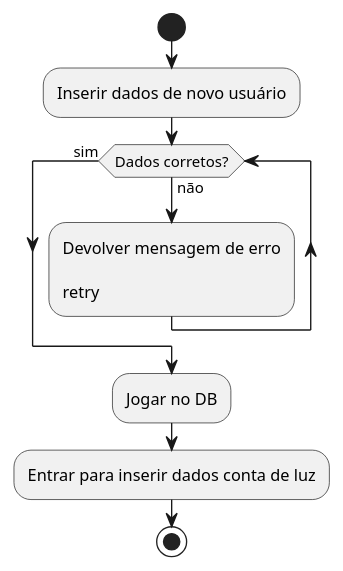
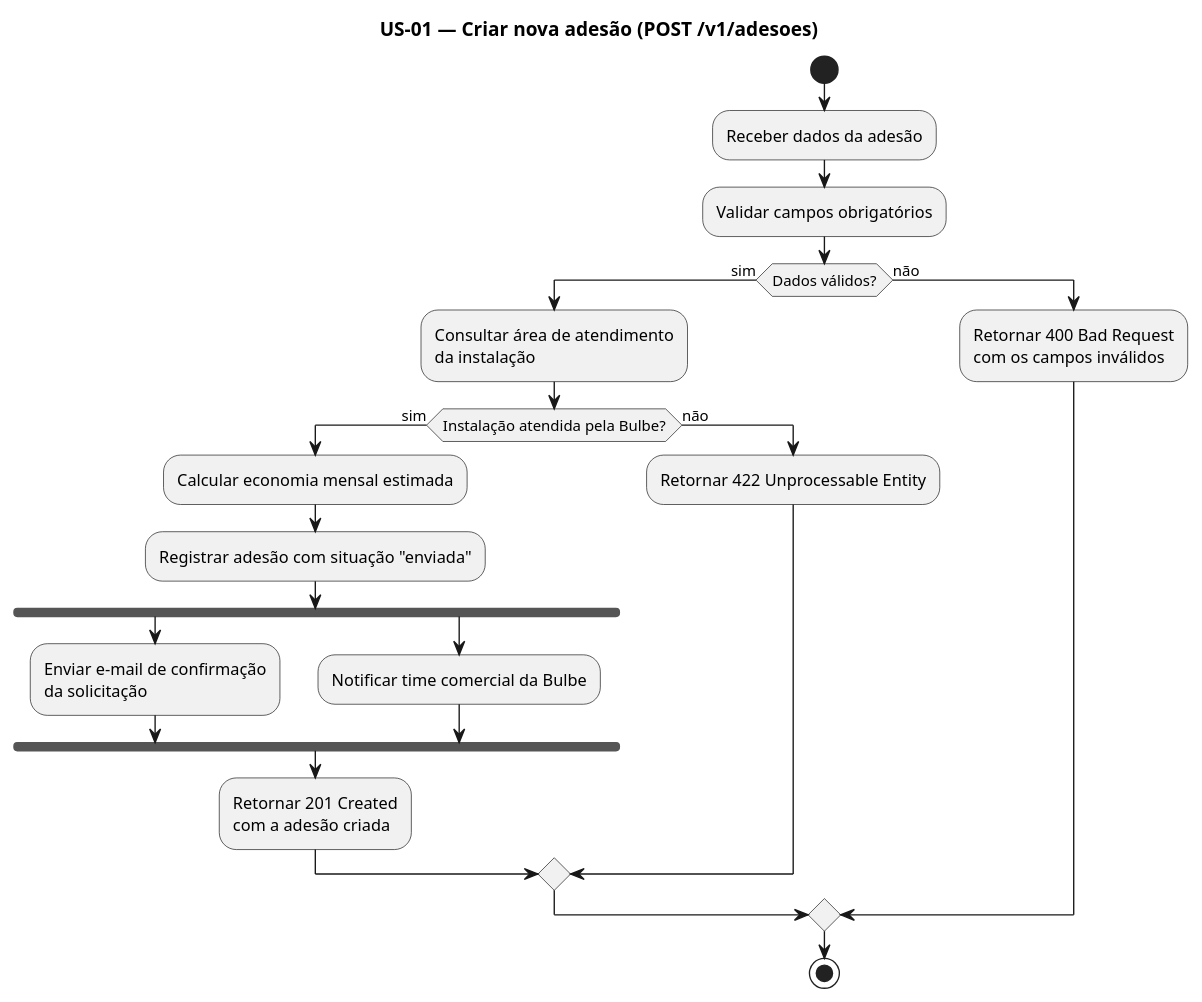
Before and after one commit to DrawingWithP/bulbe-cleanergy-backend: the diagram in docs/Diagramas/Atividade/US-01.puml, drawn with PlantUML. The commit also changed 39 other files, not shown here.

Commit message:
feat: adiciona os diagramas de sequencia e atividade das user stories de 02 até 20

```diff
--- a/docs/Diagramas/Atividade/US-01.puml
+++ b/docs/Diagramas/Atividade/US-01.puml
@@ -1,11 +1,27 @@
 @startuml
+title US-01 — Criar nova adesão (POST /v1/adesoes)
+
 start
-:Inserir dados de novo usuário;
-while (Dados corretos?) is (não)
-:Devolver mensagem de erro\n\nretry;
-endwhile (sim)
+:Receber dados da adesão;
+:Validar campos obrigatórios;
 
-:Jogar no DB;
-:Entrar para inserir dados conta de luz;
+if (Dados válidos?) then (sim)
+  :Consultar área de atendimento\nda instalação;
+  if (Instalação atendida pela Bulbe?) then (sim)
+    :Calcular economia mensal estimada;
+    :Registrar adesão com situação "enviada";
+    fork
+      :Enviar e-mail de confirmação\nda solicitação;
+    fork again
+      :Notificar time comercial da Bulbe;
+    end fork
+    :Retornar 201 Created\ncom a adesão criada;
+  else (não)
+    :Retornar 422 Unprocessable Entity;
+  endif
+else (não)
+  :Retornar 400 Bad Request\ncom os campos inválidos;
+endif
+
 stop
 @enduml
```
